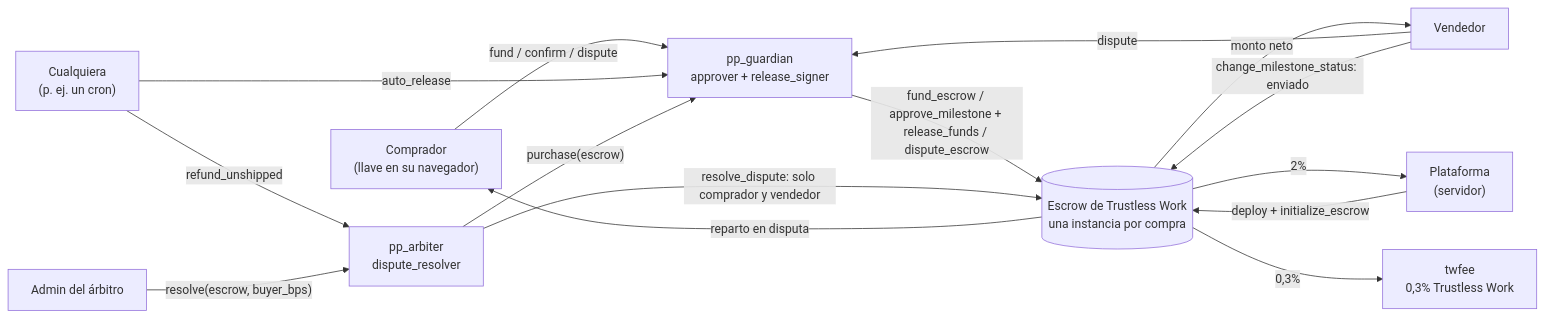
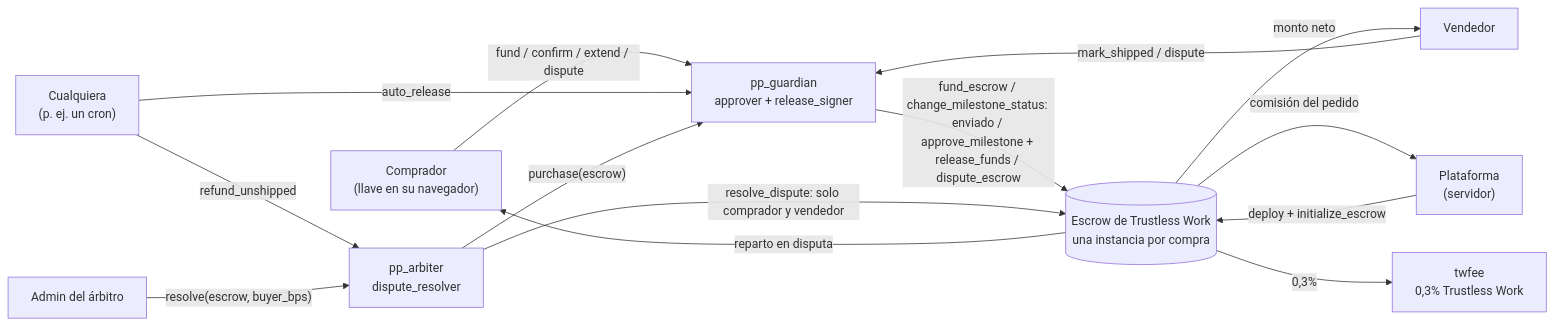
Before and after one commit to haneiva1/pago-protegido: the first of 4 diagrams in docs/ARQUITECTURA.md, drawn with Mermaid. The commit also changed other lines of this file and 17 other files, not shown here.

````diff
--- a/docs/ARQUITECTURA.md
+++ b/docs/ARQUITECTURA.md
@@ -28,27 +29,26 @@
 ```mermaid
 flowchart LR
   C["Comprador<br/>(llave en su navegador)"]
   V["Vendedor"]
   P["Plataforma<br/>(servidor)"]
   A["Admin del árbitro"]
   X["Cualquiera<br/>(p. ej. un cron)"]
   G["pp_guardian<br/>approver + release_signer"]
   R["pp_arbiter<br/>dispute_resolver"]
   E[("Escrow de Trustless Work<br/>una instancia por compra")]
   T["twfee<br/>0,3% Trustless Work"]
 
   P -->|"deploy + initialize_escrow"| E
-  C -->|"fund / confirm / dispute"| G
-  V -->|"dispute"| G
-  V -->|"change_milestone_status: enviado"| E
+  C -->|"fund / confirm / extend / dispute"| G
+  V -->|"mark_shipped / dispute"| G
   X -->|"auto_release"| G
   X -->|"refund_unshipped"| R
   A -->|"resolve(escrow, buyer_bps)"| R
-  G -->|"fund_escrow / approve_milestone + release_funds / dispute_escrow"| E
+  G -->|"fund_escrow / change_milestone_status: enviado / approve_milestone + release_funds / dispute_escrow"| E
   R -->|"purchase(escrow)"| G
   R -->|"resolve_dispute: solo comprador y vendedor"| E
   E -->|"monto neto"| V
   E -->|"reparto en disputa"| C
-  E -->|"2%"| P
+  E -->|"comisión del pedido"| P
   E -->|"0,3%"| T
 ```
````
